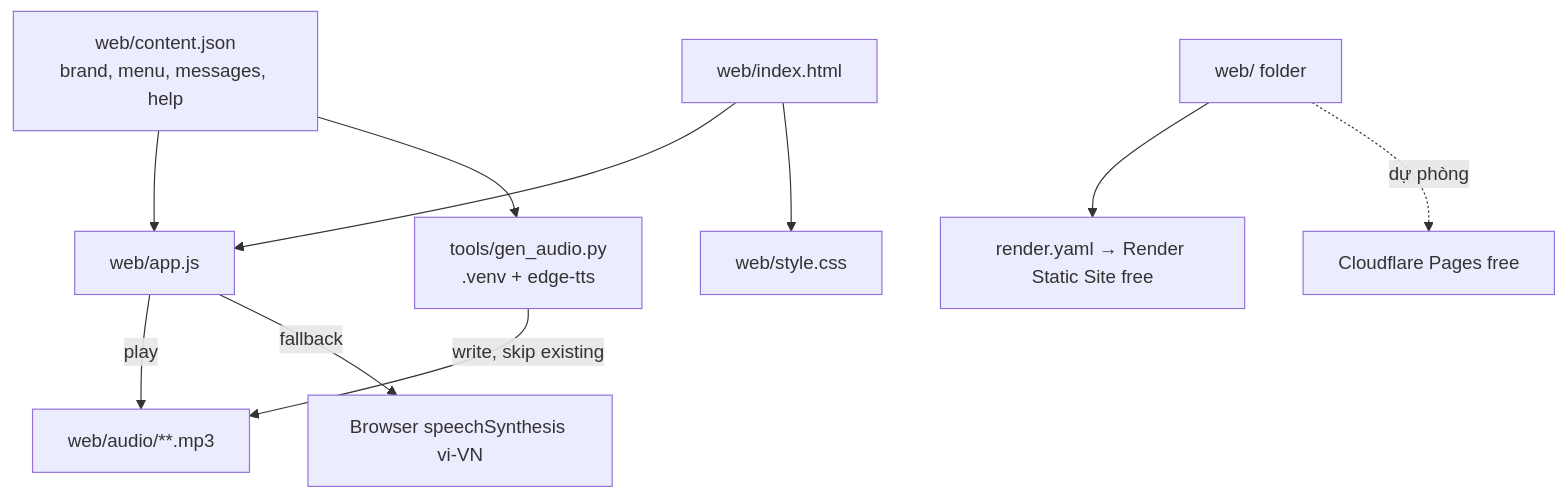
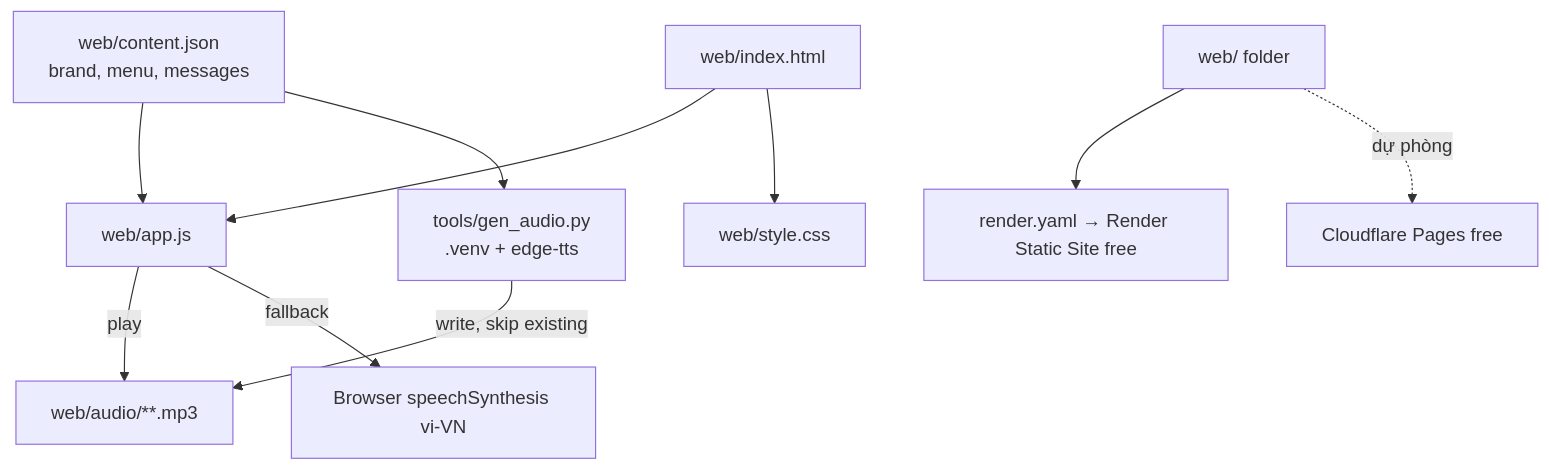
The first of 2 diagrams in .kiro/specs/web-hotline/design.md (Rod-HD/duong-day-vui-ve), drawn with Mermaid before and after one commit. The commit also changed other lines of this file and 9 other files, not shown here.

````diff
--- a/.kiro/specs/web-hotline/design.md
+++ b/.kiro/specs/web-hotline/design.md
@@ -13,12 +13,12 @@
 ```mermaid
 graph TD
-    C[web/content.json<br/>brand, menu, messages, help] --> A[web/app.js]
+    C[web/content.json<br/>brand, menu, messages] --> A[web/app.js]
     H[web/index.html] --> A
     H --> S[web/style.css]
     A -->|play| M[web/audio/**.mp3]
     A -->|fallback| T[Browser speechSynthesis vi-VN]
     C --> G[tools/gen_audio.py<br/>.venv + edge-tts]
     G -->|write, skip existing| M
     W[web/ folder] --> R[render.yaml → Render Static Site free]
     W -.dự phòng.-> D[Cloudflare Pages free]
 ```
````
